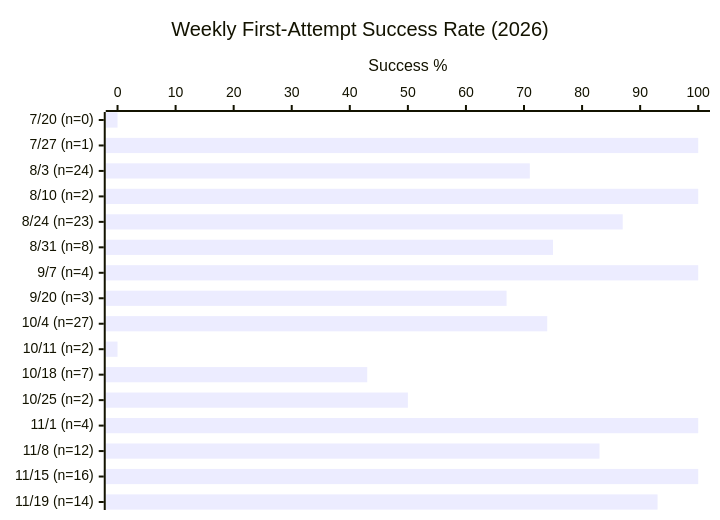
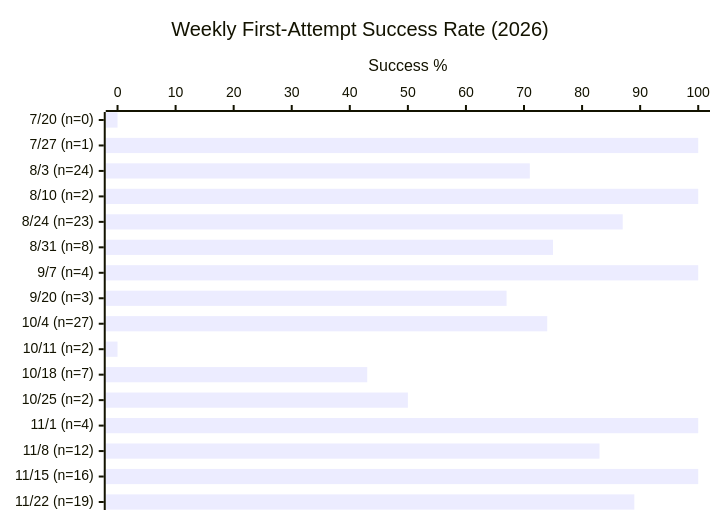
Before and after one commit to Sanctum-Origo-Systems/patina: the first of 3 diagrams in EVAL.md, drawn with Mermaid. The commit also changed other lines of this file and 1 other file, not shown here.

````diff
--- a/EVAL.md
+++ b/EVAL.md
@@ -17,7 +17,7 @@
 ```mermaid
 xychart-beta horizontal
     title "Weekly First-Attempt Success Rate (2026)"
-    x-axis ["7/20 (n=0)", "7/27 (n=1)", "8/3 (n=24)", "8/10 (n=2)", "8/24 (n=23)", "8/31 (n=8)", "9/7 (n=4)", "9/20 (n=3)", "10/4 (n=27)", "10/11 (n=2)", "10/18 (n=7)", "10/25 (n=2)", "11/1 (n=4)", "11/8 (n=12)", "11/15 (n=16)", "11/19 (n=14)"]
+    x-axis ["7/20 (n=0)", "7/27 (n=1)", "8/3 (n=24)", "8/10 (n=2)", "8/24 (n=23)", "8/31 (n=8)", "9/7 (n=4)", "9/20 (n=3)", "10/4 (n=27)", "10/11 (n=2)", "10/18 (n=7)", "10/25 (n=2)", "11/1 (n=4)", "11/8 (n=12)", "11/15 (n=16)", "11/22 (n=19)"]
     y-axis "Success %" 0 --> 100
-    bar [0, 100, 71, 100, 87, 75, 100, 67, 74, 0, 43, 50, 100, 83, 100, 93]
+    bar [0, 100, 71, 100, 87, 75, 100, 67, 74, 0, 43, 50, 100, 83, 100, 89]
 ```
````
